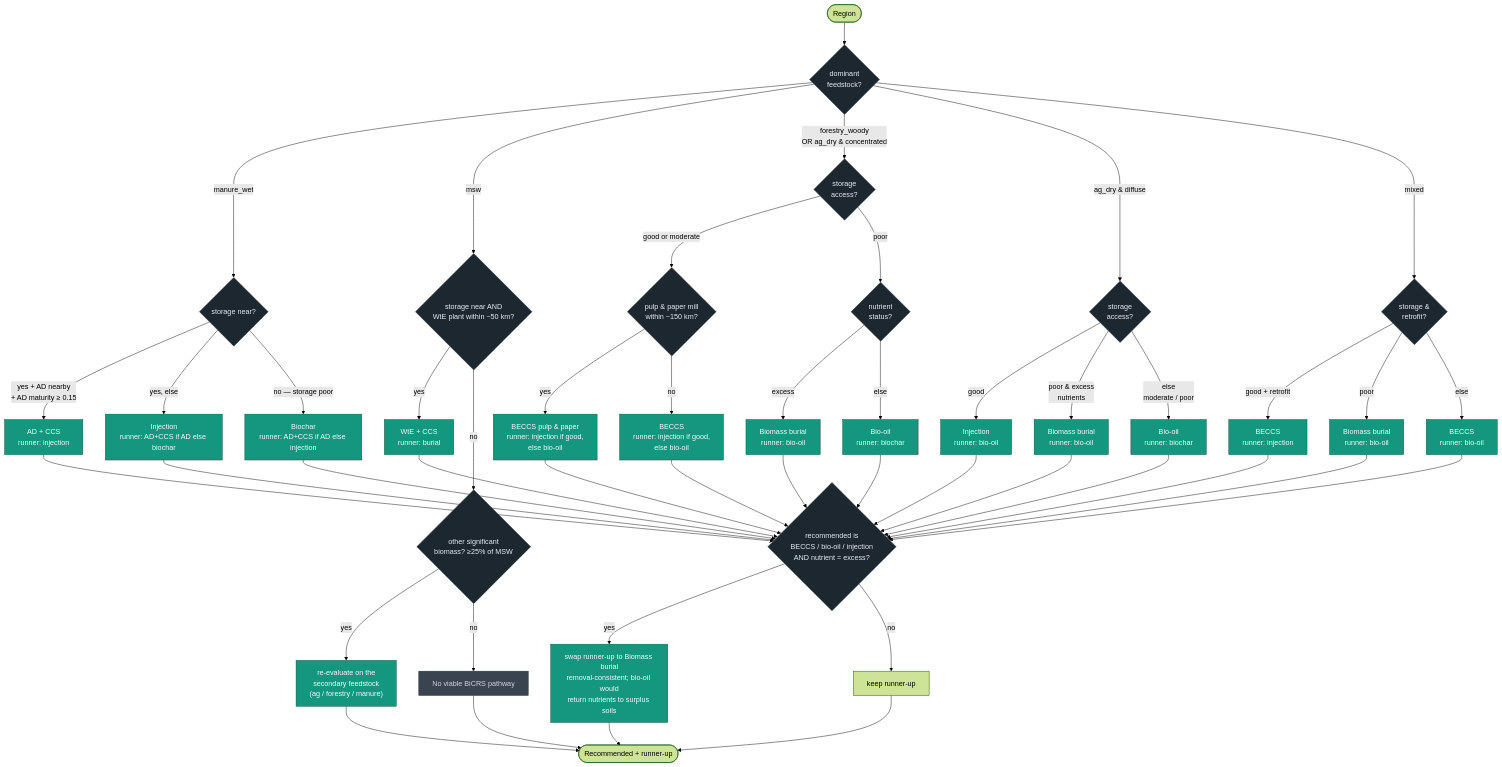
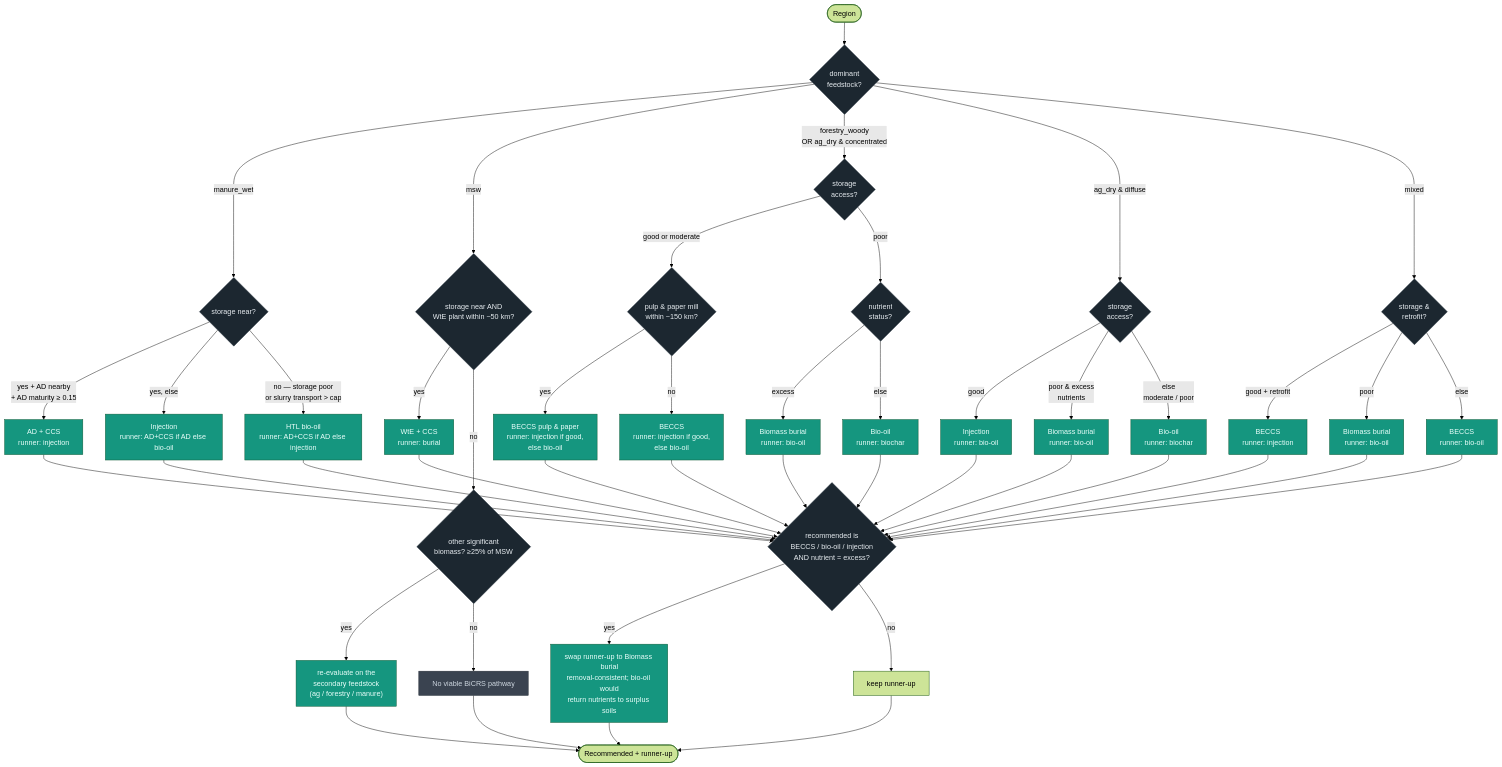
One commit to hausfath/biomass_map changed the diagram in docs/RECOMMENDATION_LOGIC.md. Above: the diagram before and after it, drawn with Mermaid (forest theme). The commit also changed other lines of this file and 16 other files, not shown here.

````diff
--- a/docs/RECOMMENDATION_LOGIC.md
+++ b/docs/RECOMMENDATION_LOGIC.md
@@ -63,54 +63,54 @@
 ```mermaid
 flowchart TD
     Start([Region]) --> DOM{dominant<br/>feedstock?}
 
-    %% ---------- 1. WET MANURE  (AD+CCS & injection BOTH need storage, like BECCS/WtE) ----------
+    %% ---------- 1. WET MANURE  (no solid options: never biochar/burial. AD+CCS & injection need storage) ----------
     DOM -->|manure_wet| Mst{storage near?}
     Mst -->|yes + AD nearby<br/>+ AD maturity ≥ 0.15| Mad["AD + CCS<br/>runner: injection"]
-    Mst -->|yes, else| Minj["Injection<br/>runner: AD+CCS if AD else biochar"]
-    Mst -->|no — storage poor| Mbio["Biochar<br/>runner: AD+CCS if AD else injection"]
+    Mst -->|yes, else| Minj["Injection<br/>runner: AD+CCS if AD else bio-oil"]
+    Mst -->|no — storage poor<br/>or slurry transport > cap| Mbio["HTL bio-oil<br/>runner: AD+CCS if AD else injection"]
 
     %% ---------- 2. MSW  (WtE+CCS gated on a WtE plant within ~50 km) ----------
     DOM -->|msw| Wnear{storage near AND<br/>WtE plant within ~50 km?}
     Wnear -->|yes| Wwte["WtE + CCS<br/>runner: burial"]
     Wnear -->|no| Wsec{other significant<br/>biomass? ≥25% of MSW}
     Wsec -->|yes| Wre["re-evaluate on the<br/>secondary feedstock<br/>(ag / forestry / manure)"]
     Wsec -->|no| Wnone["No viable BiCRS pathway"]
 
     %% ---------- 3. WOODY  OR  DRY-AG & CONCENTRATED ----------
     DOM -->|forestry_woody<br/>OR ag_dry & concentrated| Csa{storage<br/>access?}
     Csa -->|good or moderate| Cmill{pulp & paper mill<br/>within ~150 km?}
     Cmill -->|yes| Cpp["BECCS pulp & paper<br/>runner: injection if good,<br/>else bio-oil"]
     Cmill -->|no| Cbe["BECCS<br/>runner: injection if good,<br/>else bio-oil"]
     Csa -->|poor| Cnut{nutrient<br/>status?}
     Cnut -->|excess| Cbur["Biomass burial<br/>runner: bio-oil"]
     Cnut -->|else| Cbo["Bio-oil<br/>runner: biochar"]
 
     %% ---------- 4. DRY-AG & DIFFUSE ----------
     DOM -->|ag_dry & diffuse| Dsa{storage<br/>access?}
     Dsa -->|good| Dinj["Injection<br/>runner: bio-oil"]
     Dsa -->|poor & excess<br/>nutrients| Dbur["Biomass burial<br/>runner: bio-oil"]
     Dsa -->|else<br/>moderate / poor| Dbo["Bio-oil<br/>runner: biochar"]
 
     %% ---------- 5. MIXED / FALLBACK ----------
     DOM -->|mixed| Fsa{storage &<br/>retrofit?}
     Fsa -->|good + retrofit| Fbe["BECCS<br/>runner: injection"]
     Fsa -->|poor| Fbur["Biomass burial<br/>runner: bio-oil"]
     Fsa -->|else| Fbe2["BECCS<br/>runner: bio-oil"]
 
     %% ---------- POST-STEP ----------
     Mad & Minj & Mbio & Wwte & Cpp & Cbe & Cbur & Cbo & Dinj & Dbur & Dbo & Fbe & Fbur & Fbe2 --> NUT{recommended is<br/>BECCS / bio-oil / injection<br/>AND nutrient = excess?}
     NUT -->|yes| Swap["swap runner-up to Biomass burial<br/>removal-consistent; bio-oil would<br/>return nutrients to surplus soils"]
     NUT -->|no| Keep["keep runner-up"]
     Swap --> Done([Recommended + runner-up])
     Keep --> Done
     Wre --> Done
     Wnone --> Done
 
     classDef rec fill:#15967f,stroke:#0d5530,color:#eafffb;
     classDef q fill:#1c2730,stroke:#2a3742,color:#e8edf1;
     classDef none fill:#3a4350,stroke:#222a33,color:#cdd6df;
     class Mad,Minj,Mbio,Wwte,Wre,Cpp,Cbe,Cbur,Cbo,Dinj,Dbur,Dbo,Fbe,Fbur,Fbe2,Swap rec;
     class DOM,Mst,Wnear,Wsec,Csa,Cmill,Cnut,Dsa,Fsa,NUT q;
     class Wnone none;
 ```
````
